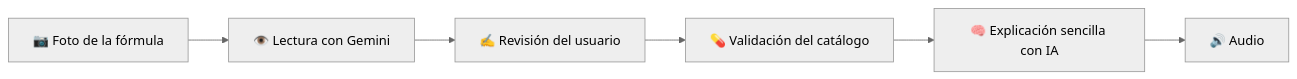
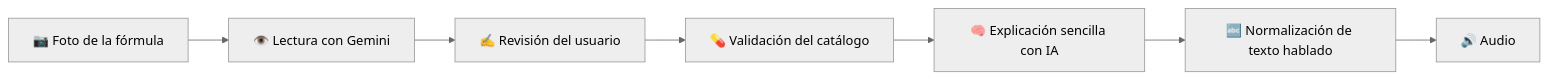
The diagram in README.md (juanesT1p/Medvoz), drawn with Mermaid (neutral theme) before and after one commit. The commit also changed other lines of this file, not shown here.

````diff
--- a/README.md
+++ b/README.md
@@ -20,8 +26,9 @@
 ```mermaid
 flowchart LR
     A[📷 Foto de la fórmula] --> B[👁️ Lectura con Gemini]
     B --> C[✍️ Revisión del usuario]
     C --> D[💊 Validación del catálogo]
     D --> E[🧠 Explicación sencilla con IA]
-    E --> F[🔊 Audio]
+    E --> F[🔤 Normalización de texto hablado]
+    F --> G[🔊 Audio]
 ```
````
